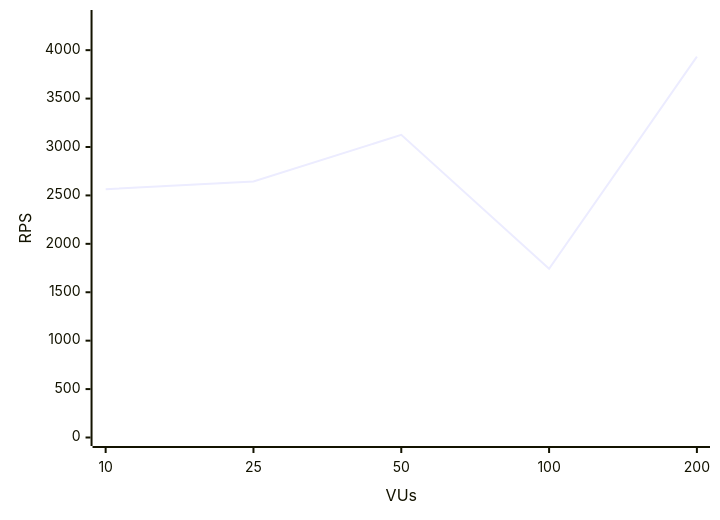
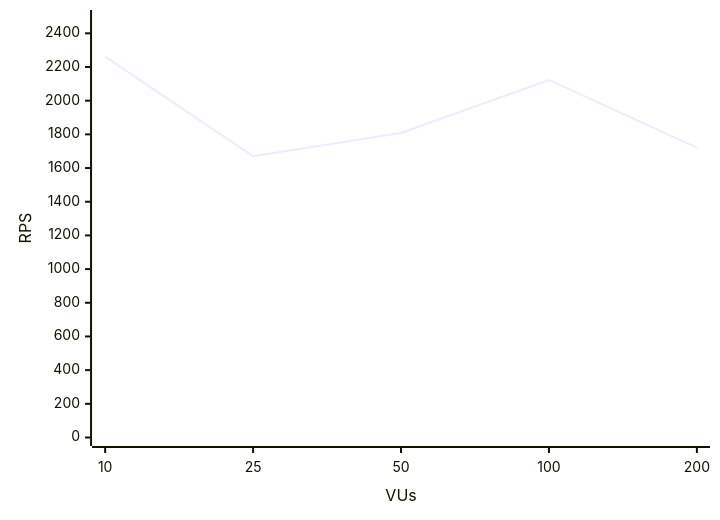
The first of 4 diagrams in docs/lab5-read.md (LYarmoliuk/OnlineTesting), drawn with Mermaid before and after one commit. The commit also changed other lines of this file and 52 other files, not shown here.

````diff
--- a/docs/lab5-read.md
+++ b/docs/lab5-read.md
@@ -20,6 +20,6 @@
 ```mermaid
 xychart-beta
   x-axis VUs [10, 25, 50, 100, 200]
-  y-axis RPS 0 --> 4327
-  line [2564.01, 2642.91, 3125.25, 1741.93, 3932.86]
+  y-axis RPS 0 --> 2488
+  line [2261.58, 1669.69, 1808.57, 2123.06, 1720.96]
 ```
````
